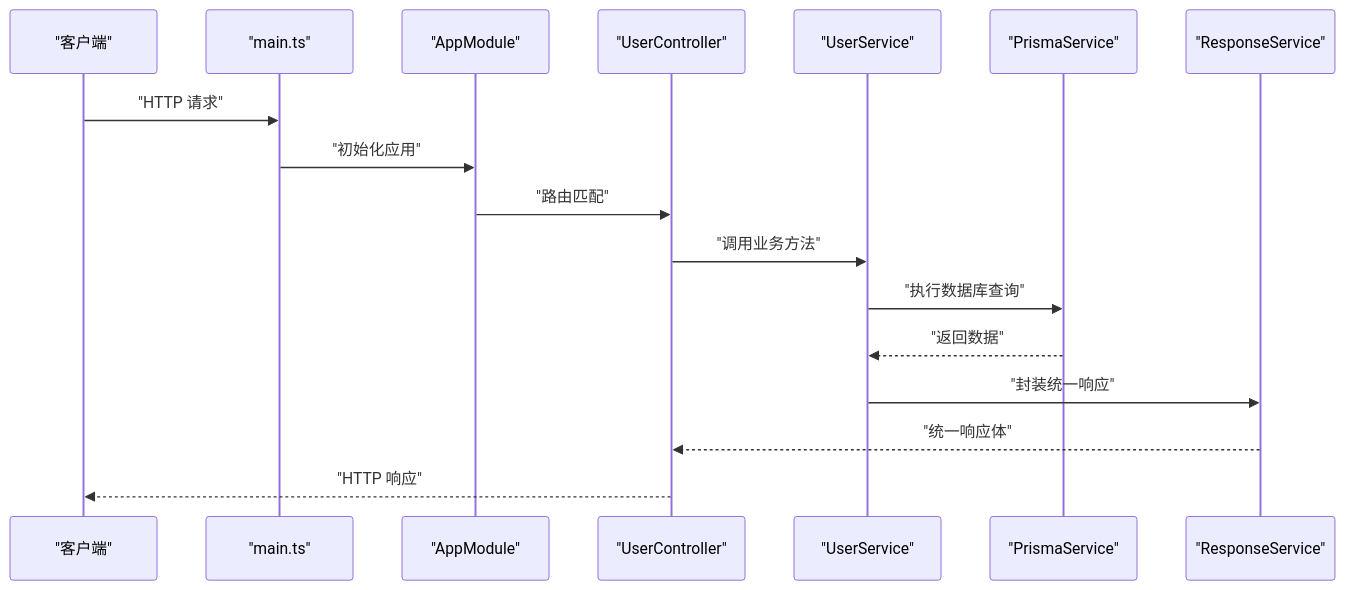
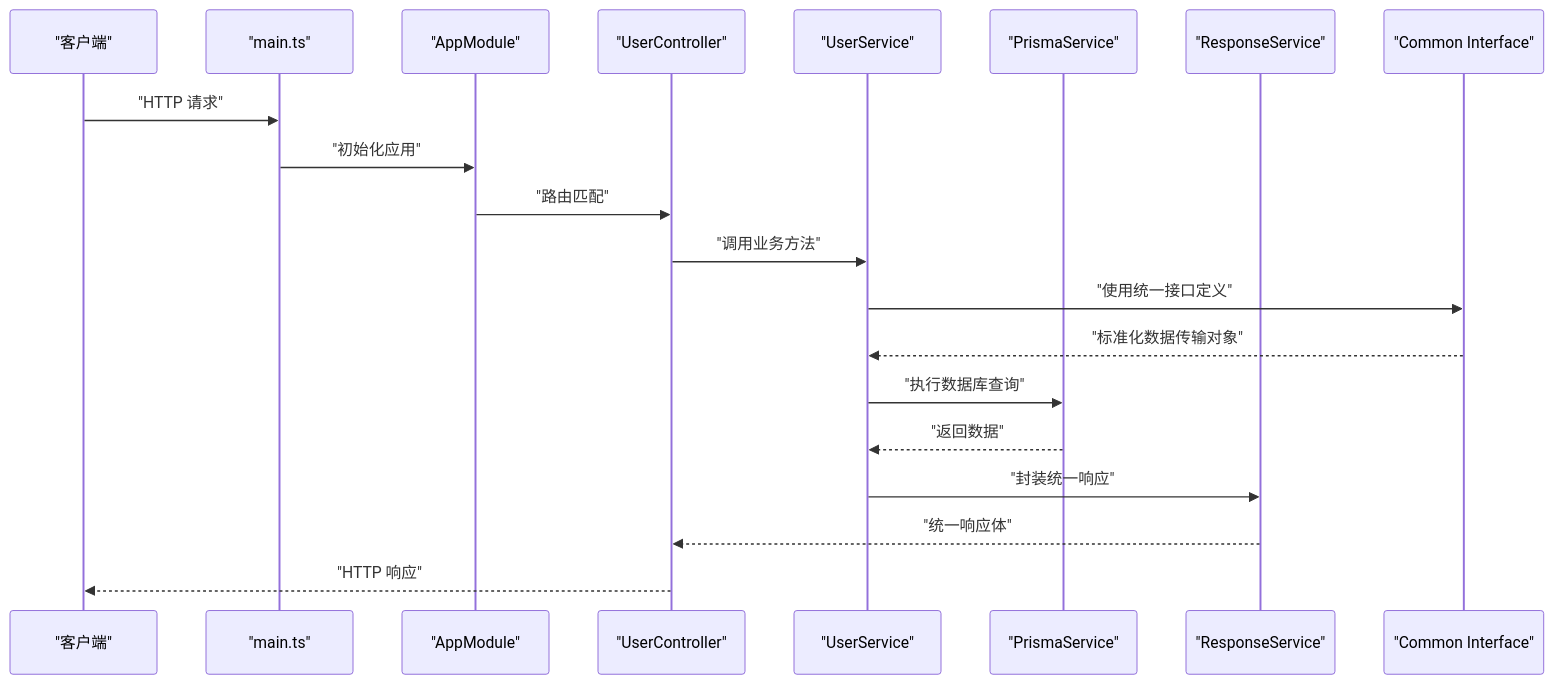
Before and after one commit to LihaoZDB/English-Study: the second of 8 diagrams in .qoder/repowiki/zh/content/后端开发/共享模块设计/共享模块设计.md, drawn with Mermaid. The commit also changed other lines of this file and 9 other files, not shown here.

````diff
--- a/.qoder/repowiki/zh/content/后端开发/共享模块设计/共享模块设计.md
+++ b/.qoder/repowiki/zh/content/后端开发/共享模块设计/共享模块设计.md
@@ -118,19 +142,22 @@
 ```mermaid
 sequenceDiagram
 participant C as "客户端"
 participant M as "main.ts"
 participant APP as "AppModule"
 participant CTRL as "UserController"
 participant SVC as "UserService"
 participant PRISMA as "PrismaService"
 participant RESP as "ResponseService"
+participant COMMON as "Common Interface"
 C->>M : "HTTP 请求"
 M->>APP : "初始化应用"
 APP->>CTRL : "路由匹配"
 CTRL->>SVC : "调用业务方法"
+SVC->>COMMON : "使用统一接口定义"
+COMMON-->>SVC : "标准化数据传输对象"
 SVC->>PRISMA : "执行数据库查询"
 PRISMA-->>SVC : "返回数据"
 SVC->>RESP : "封装统一响应"
 RESP-->>CTRL : "统一响应体"
 CTRL-->>C : "HTTP 响应"
 ```
````
